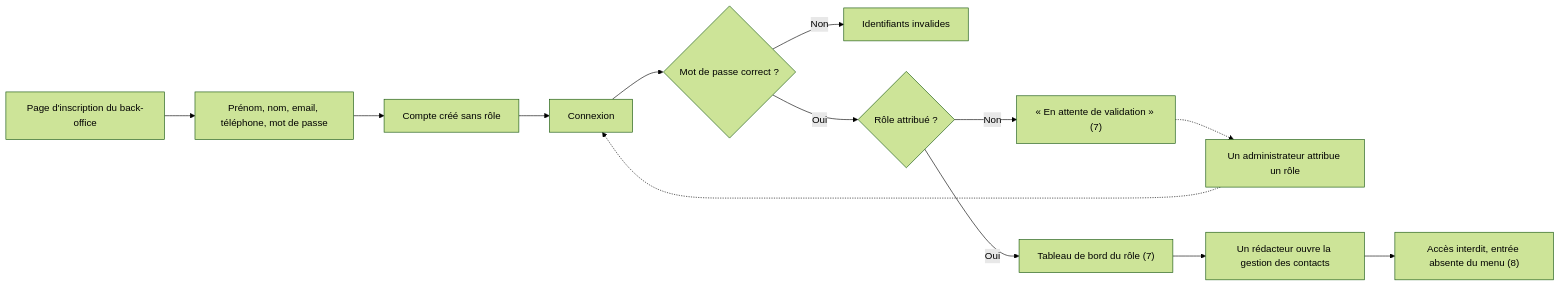
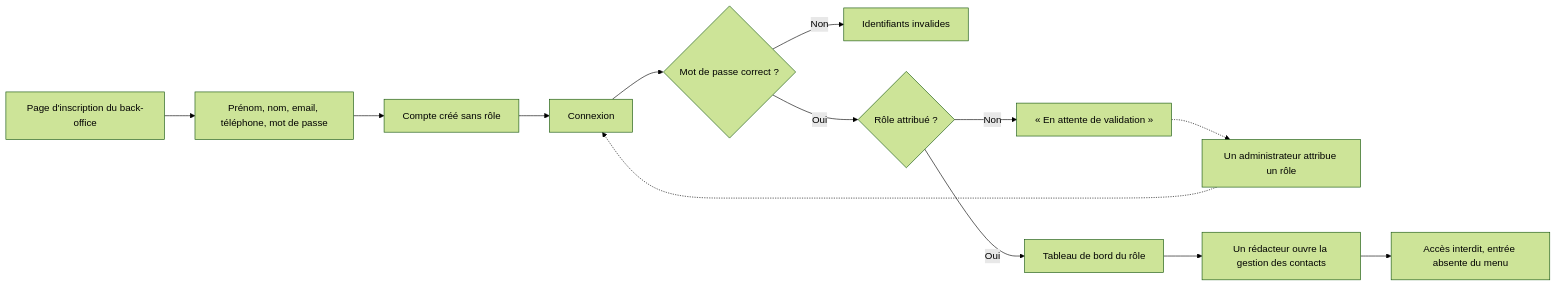
Before and after one commit to Korrighed/safe-campus-back: the seventh of 12 diagrams in docs/cahier-des-charges-techniques.md, drawn with Mermaid (forest theme). The commit also changed other lines of this file and 42 other files, not shown here.

````diff
--- a/docs/cahier-des-charges-techniques.md
+++ b/docs/cahier-des-charges-techniques.md
@@ -397,15 +469,15 @@
 ```mermaid
 flowchart LR
   A["Page d'inscription du back-office"] --> B["Prénom, nom, email, téléphone, mot de passe"]
   B --> C["Compte créé sans rôle"]
   C --> D["Connexion"]
   D --> E{"Mot de passe correct ?"}
   E -->|Non| F["Identifiants invalides"]
   E -->|Oui| G{"Rôle attribué ?"}
-  G -->|Non| H["« En attente de validation » (7)"]
+  G -->|Non| H["« En attente de validation »"]
   H -.-> L["Un administrateur attribue un rôle"]
   L -.-> D
-  G -->|Oui| I["Tableau de bord du rôle (7)"]
+  G -->|Oui| I["Tableau de bord du rôle"]
   I --> J["Un rédacteur ouvre la gestion des contacts"]
-  J --> K["Accès interdit, entrée absente du menu (8)"]
+  J --> K["Accès interdit, entrée absente du menu"]
 ```
````
